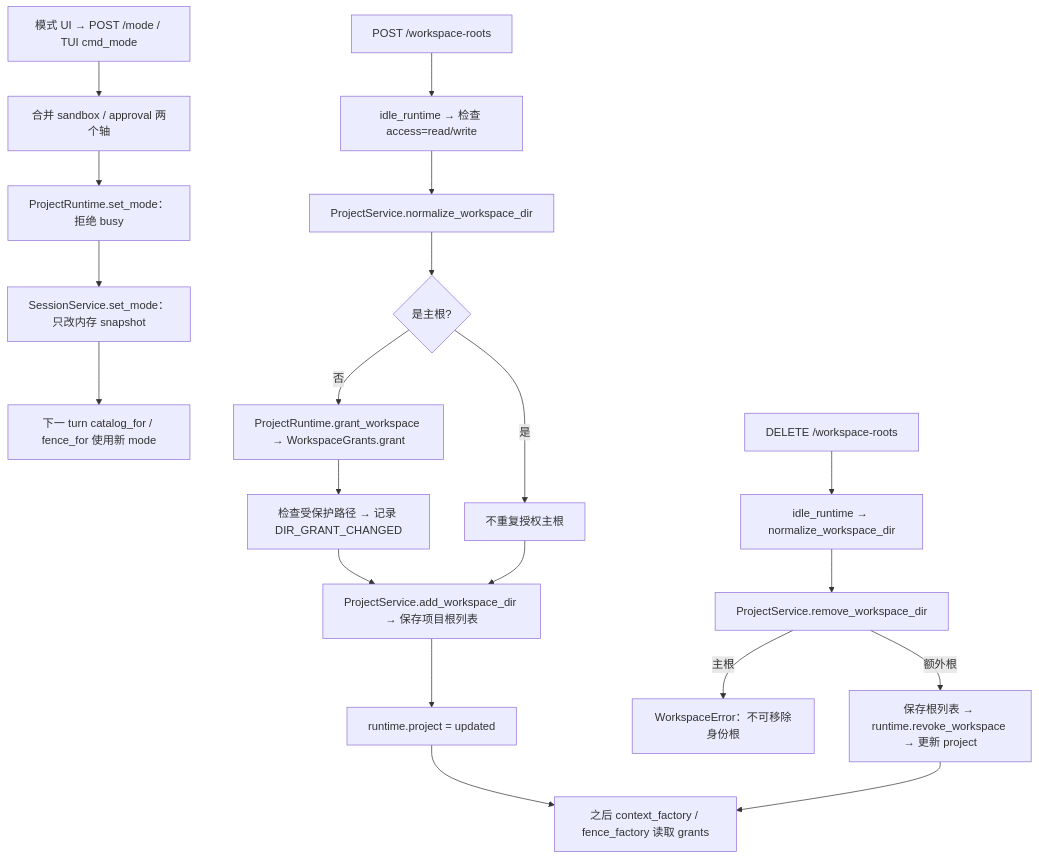
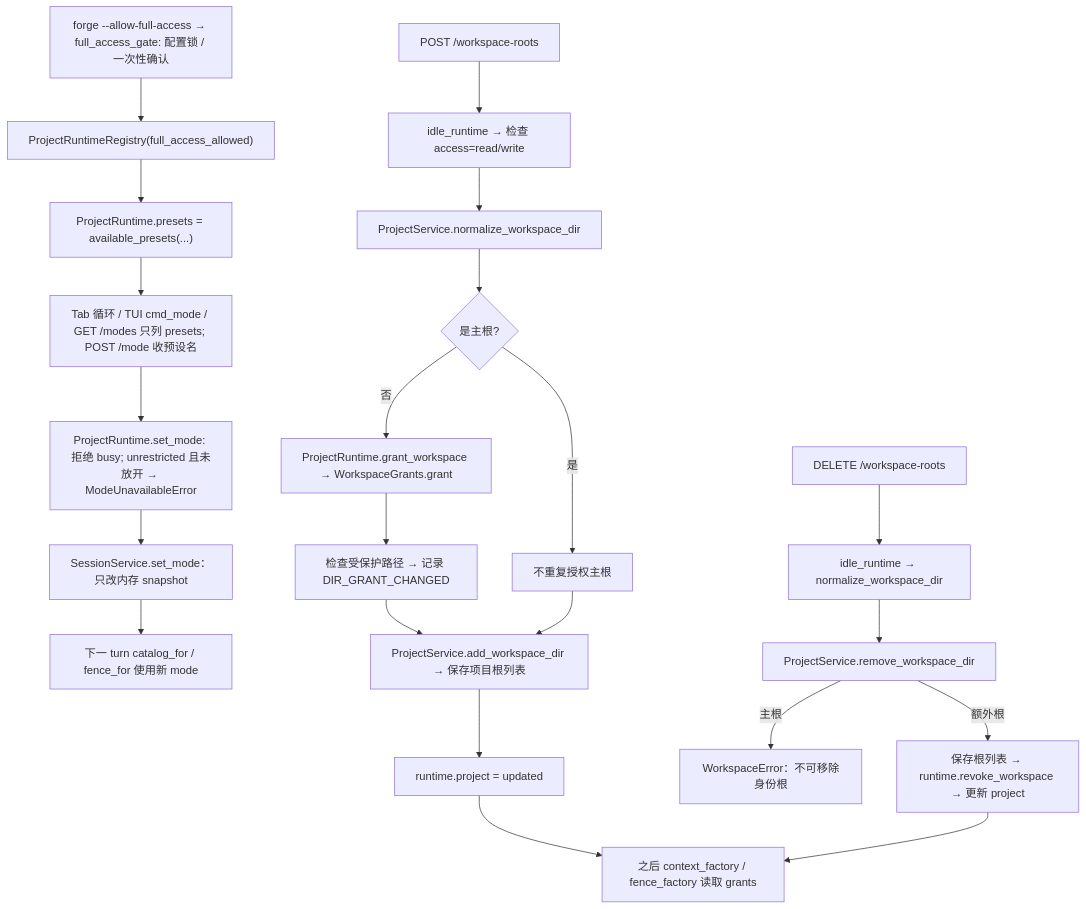
Diagram 52 of 54 in docs/06-代码阅读线路.md (qubaolai/ForgeCLI), drawn with Mermaid before and after one commit. The commit also changed other lines of this file and 59 other files, not shown here.

````diff
--- a/docs/06-代码阅读线路.md
+++ b/docs/06-代码阅读线路.md
@@ -1944,22 +1972,24 @@
 ```mermaid
 flowchart TD
-    A["模式 UI → POST /mode / TUI cmd_mode"] --> B["合并 sandbox / approval 两个轴"]
-    B --> C["ProjectRuntime.set_mode：拒绝 busy"]
+    A0["forge --allow-full-access → full_access_gate: 配置锁 / 一次性确认"] --> A1["ProjectRuntimeRegistry(full_access_allowed)"]
+    A1 --> A2["ProjectRuntime.presets = available_presets(...)"]
+    A2 --> A["Tab 循环 / TUI cmd_mode / GET /modes 只列 presets; POST /mode 收预设名"]
+    A --> C["ProjectRuntime.set_mode: 拒绝 busy; unrestricted 且未放开 → ModeUnavailableError"]
     C --> D["SessionService.set_mode：只改内存 snapshot"]
     D --> E["下一 turn catalog_for / fence_for 使用新 mode"]
     F["POST /workspace-roots"] --> G["idle_runtime → 检查 access=read/write"]
     G --> H["ProjectService.normalize_workspace_dir"]
     H --> I{"是主根?"}
     I -->|否| J["ProjectRuntime.grant_workspace → WorkspaceGrants.grant"]
     J --> K["检查受保护路径 → 记录 DIR_GRANT_CHANGED"]
     I -->|是| L["不重复授权主根"]
     K --> M["ProjectService.add_workspace_dir → 保存项目根列表"]
     L --> M
     M --> N["runtime.project = updated"]
     O["DELETE /workspace-roots"] --> P["idle_runtime → normalize_workspace_dir"]
     P --> Q["ProjectService.remove_workspace_dir"]
     Q -->|主根| R["WorkspaceError：不可移除身份根"]
     Q -->|额外根| S["保存根列表 → runtime.revoke_workspace → 更新 project"]
     N --> T["之后 context_factory / fence_factory 读取 grants"]
     S --> T
 ```
````
